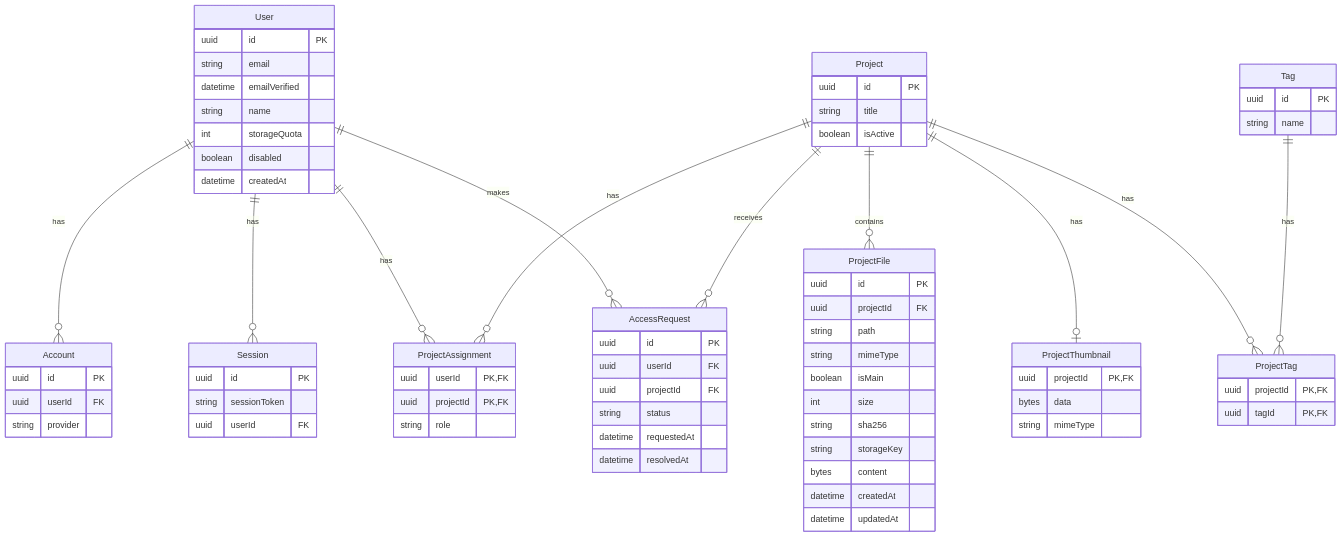
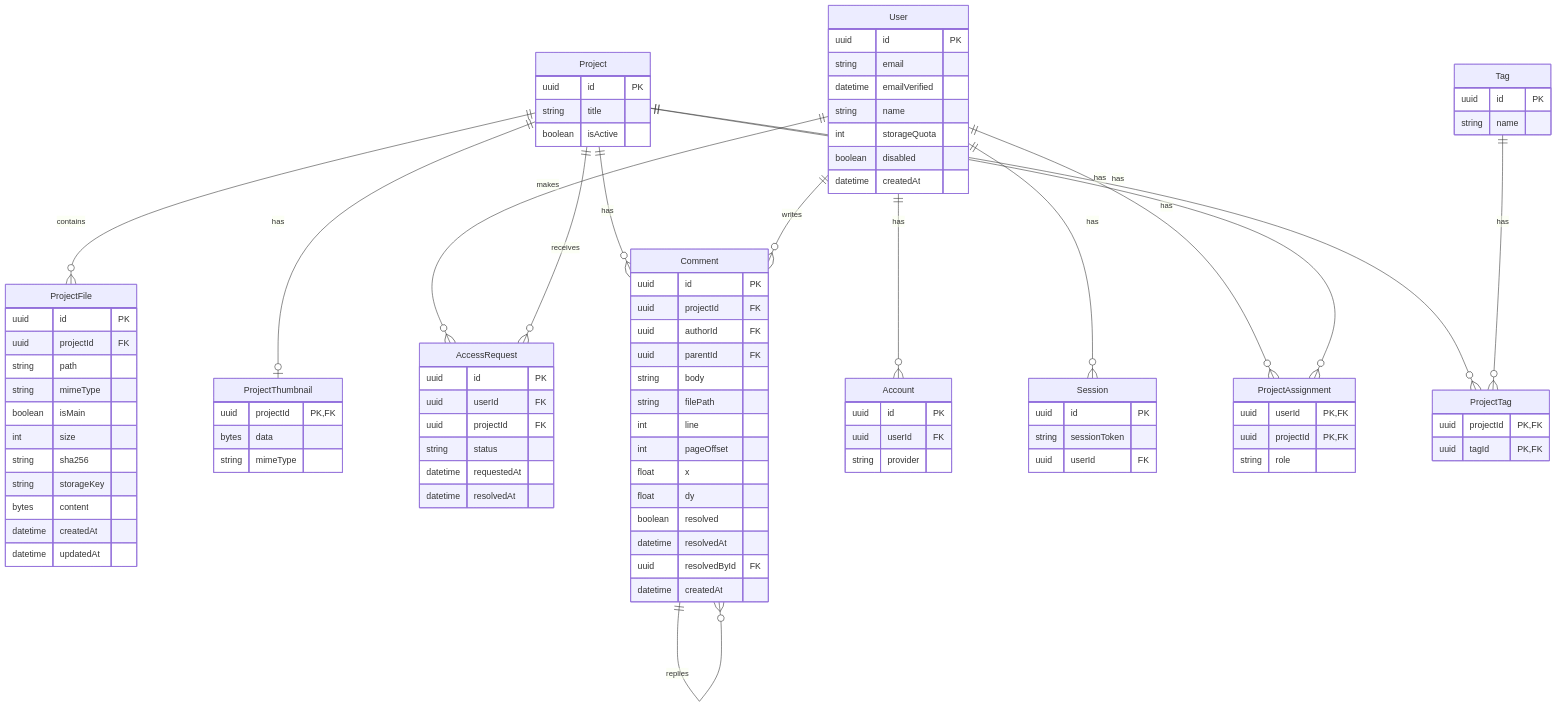
One commit to ISC-HEI/tisc-editor changed the diagram in docs/docs/techdocs/architecture/database.md. Above: the diagram before and after it, drawn with Mermaid. The commit also changed other lines of this file and 10 other files, not shown here.

````diff
--- a/docs/docs/techdocs/architecture/database.md
+++ b/docs/docs/techdocs/architecture/database.md
@@ -50,6 +50,22 @@
         datetime requestedAt
         datetime resolvedAt
     }
+    Comment {
+        uuid id PK
+        uuid projectId FK
+        uuid authorId FK
+        uuid parentId FK
+        string body
+        string filePath
+        int line
+        int pageOffset
+        float x
+        float dy
+        boolean resolved
+        datetime resolvedAt
+        uuid resolvedById FK
+        datetime createdAt
+    }
     Account {
         uuid id PK
         uuid userId FK
@@ -80,4 +96,7 @@
     Project ||--o| ProjectThumbnail : has
     Project ||--o{ ProjectTag : has
     Tag ||--o{ ProjectTag : has
+    Project ||--o{ Comment : has
+    User ||--o{ Comment : writes
+    Comment ||--o{ Comment : replies
 ```
````
